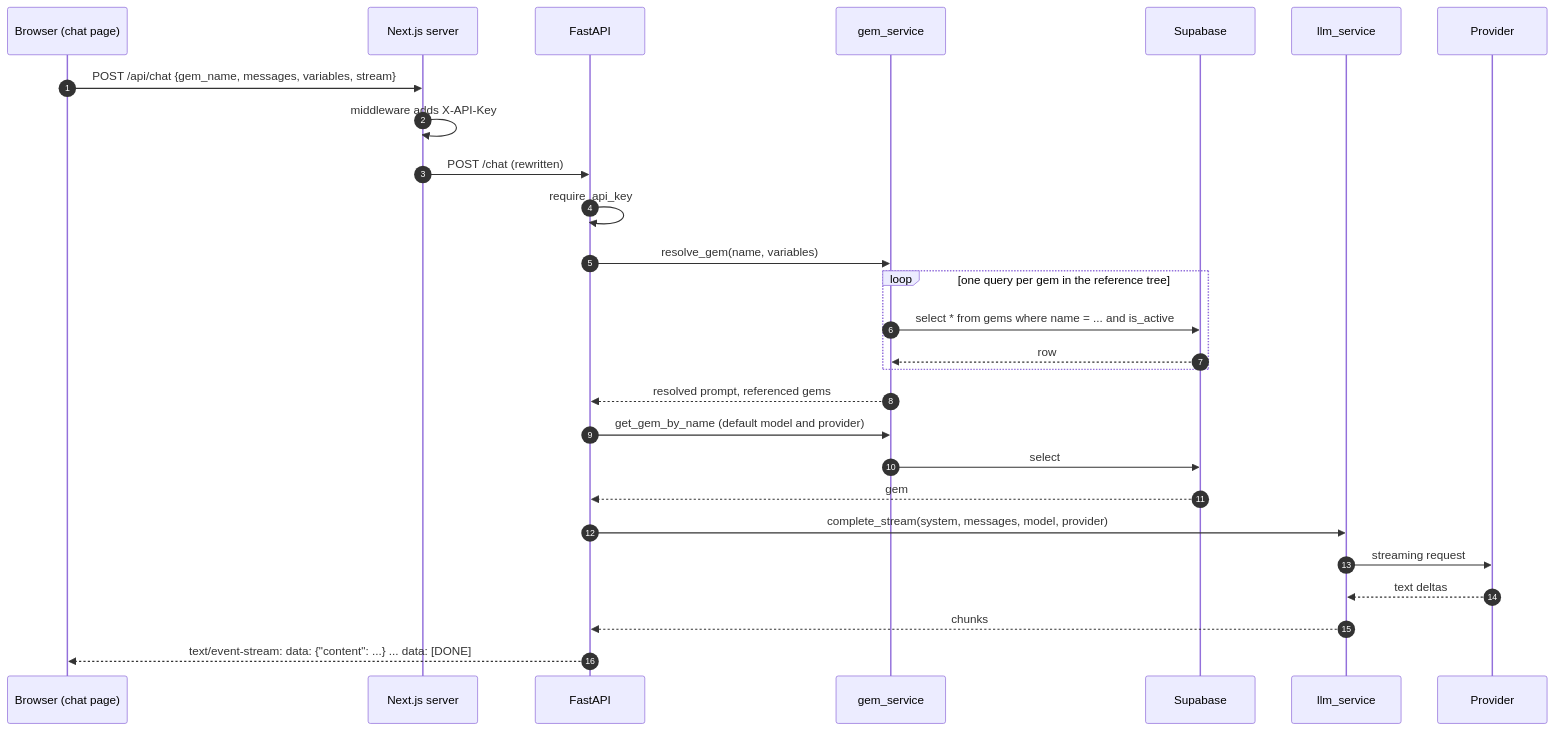
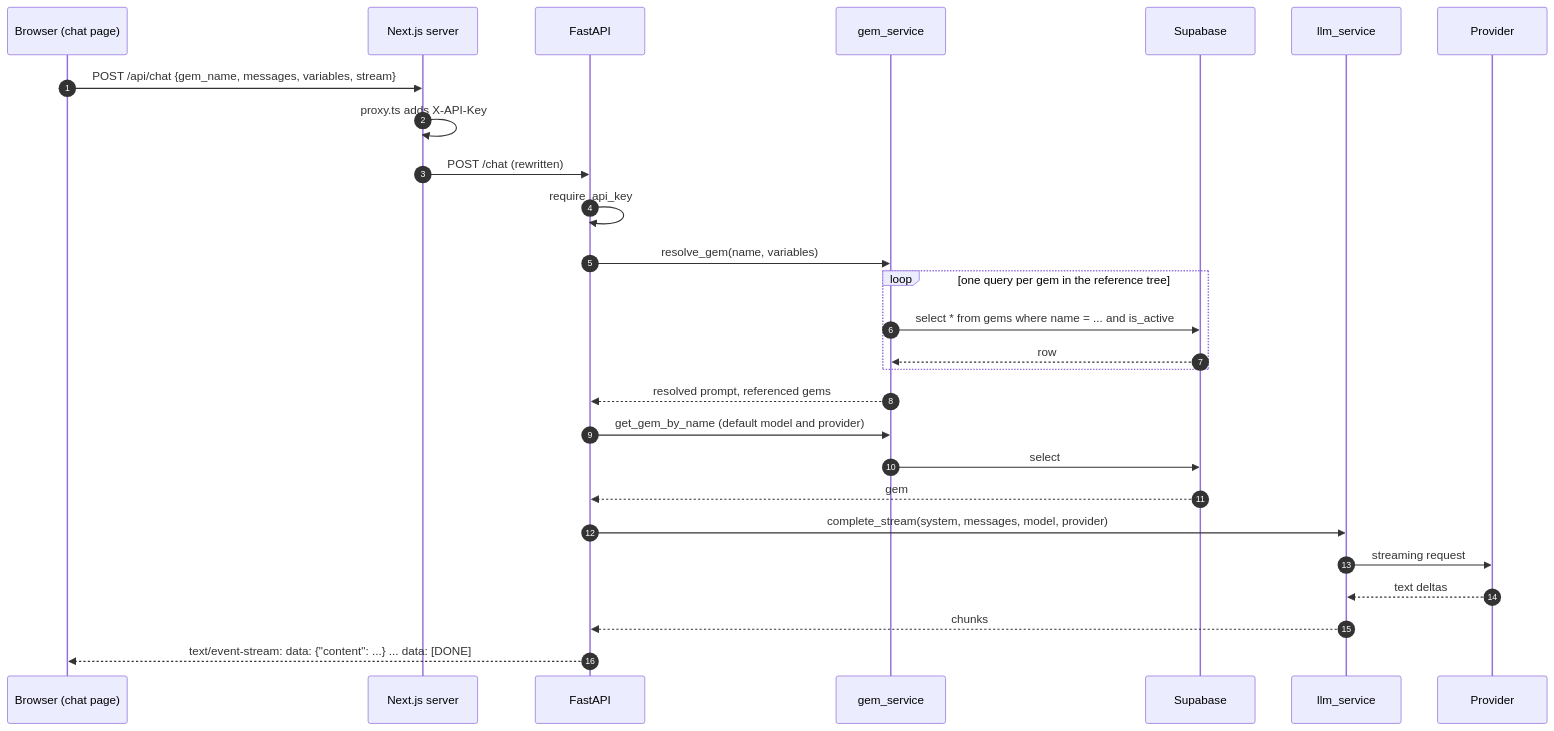
The third of 9 diagrams in ARCHITECTURE.md (poyfather/gemsAPI), drawn with Mermaid before and after one commit. The commit also changed other lines of this file and 14 other files, not shown here.

First line of the commit message:
Move the frontend to Next.js 16 and React 19 (roadmap item 7) (#27)

````diff
--- a/ARCHITECTURE.md
+++ b/ARCHITECTURE.md
@@ -134,30 +134,30 @@
 ```mermaid
 sequenceDiagram
     autonumber
     participant B as Browser (chat page)
     participant N as Next.js server
     participant A as FastAPI
     participant G as gem_service
     participant S as Supabase
     participant L as llm_service
     participant P as Provider
 
     B->>N: POST /api/chat {gem_name, messages, variables, stream}
-    N->>N: middleware adds X-API-Key
+    N->>N: proxy.ts adds X-API-Key
     N->>A: POST /chat (rewritten)
     A->>A: require_api_key
     A->>G: resolve_gem(name, variables)
     loop one query per gem in the reference tree
         G->>S: select * from gems where name = ... and is_active
         S-->>G: row
     end
     G-->>A: resolved prompt, referenced gems
     A->>G: get_gem_by_name (default model and provider)
     G->>S: select
     S-->>A: gem
     A->>L: complete_stream(system, messages, model, provider)
     L->>P: streaming request
     P-->>L: text deltas
     L-->>A: chunks
     A-->>B: text/event-stream: data: {"content": ...} ... data: [DONE]
 ```
````
